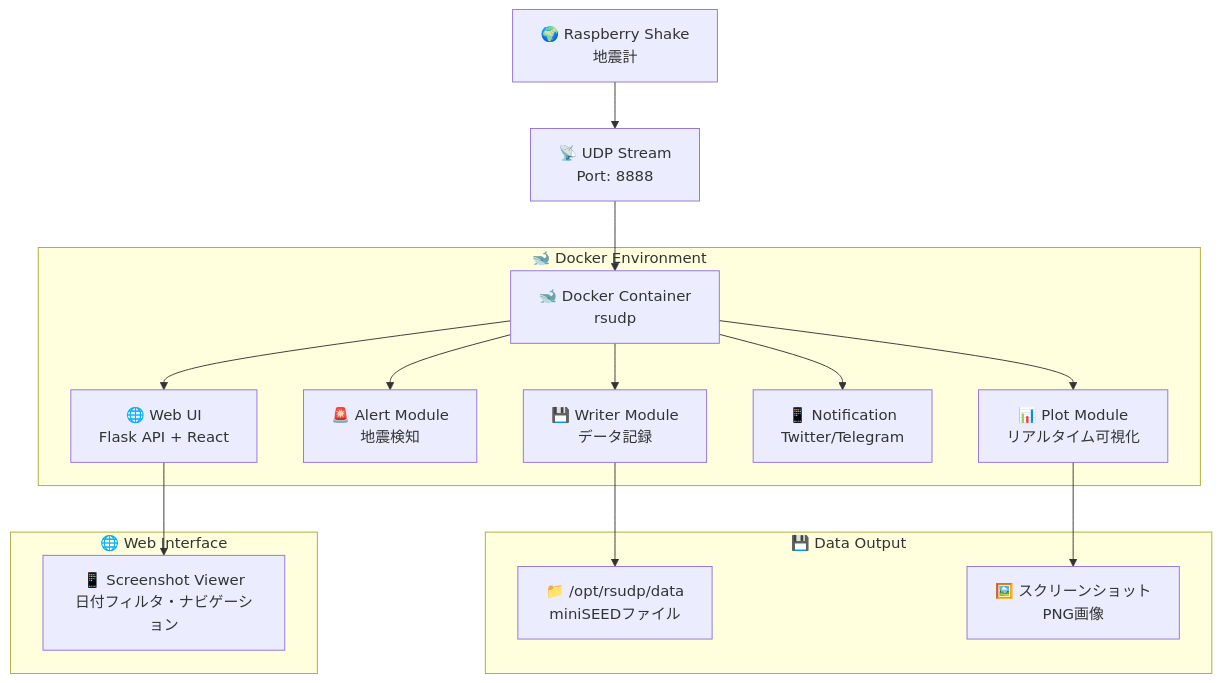
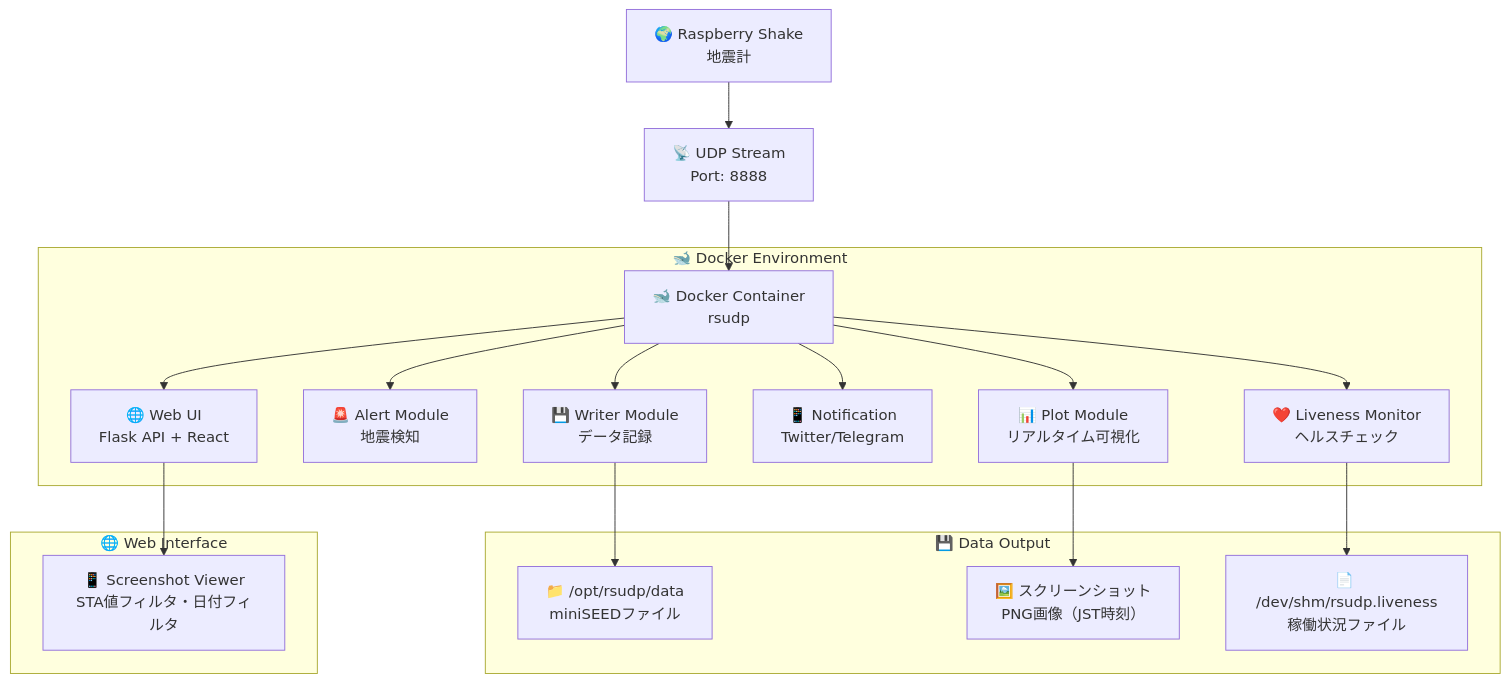
One commit to kimata/rsudp changed the diagram in README.md. Above: the diagram before and after it, drawn with Mermaid. The commit also changed other lines of this file, not shown here.

````diff
--- a/README.md
+++ b/README.md
@@ -46,32 +49,36 @@
 ```mermaid
 flowchart TD
     RS[🌍 Raspberry Shake<br/>地震計] --> UDP[📡 UDP Stream<br/>Port: 8888]
     UDP --> DC[🐋 Docker Container<br/>rsudp]
     DC --> PLOT[📊 Plot Module<br/>リアルタイム可視化]
     DC --> ALERT[🚨 Alert Module<br/>地震検知]
     DC --> WRITE[💾 Writer Module<br/>データ記録]
     DC --> NOTIF[📱 Notification<br/>Twitter/Telegram]
     DC --> WEBUI[🌐 Web UI<br/>Flask API + React]
+    DC --> HEALTH[❤️ Liveness Monitor<br/>ヘルスチェック]
 
     WRITE --> OUTPUT[📁 /opt/rsudp/data<br/>miniSEEDファイル]
-    PLOT --> IMGS[🖼️ スクリーンショット<br/>PNG画像]
-    WEBUI --> VIEWER[📱 Screenshot Viewer<br/>日付フィルタ・ナビゲーション]
+    PLOT --> IMGS[🖼️ スクリーンショット<br/>PNG画像（JST時刻）]
+    WEBUI --> VIEWER[📱 Screenshot Viewer<br/>STA値フィルタ・日付フィルタ]
+    HEALTH --> STATUS[📄 /dev/shm/rsudp.liveness<br/>稼働状況ファイル]
 
     subgraph "🐋 Docker Environment"
         DC
         PLOT
         ALERT
         WRITE
         NOTIF
         WEBUI
+        HEALTH
     end
 
     subgraph "💾 Data Output"
         OUTPUT
         IMGS
+        STATUS
     end
 
     subgraph "🌐 Web Interface"
         VIEWER
     end
 ```
````
